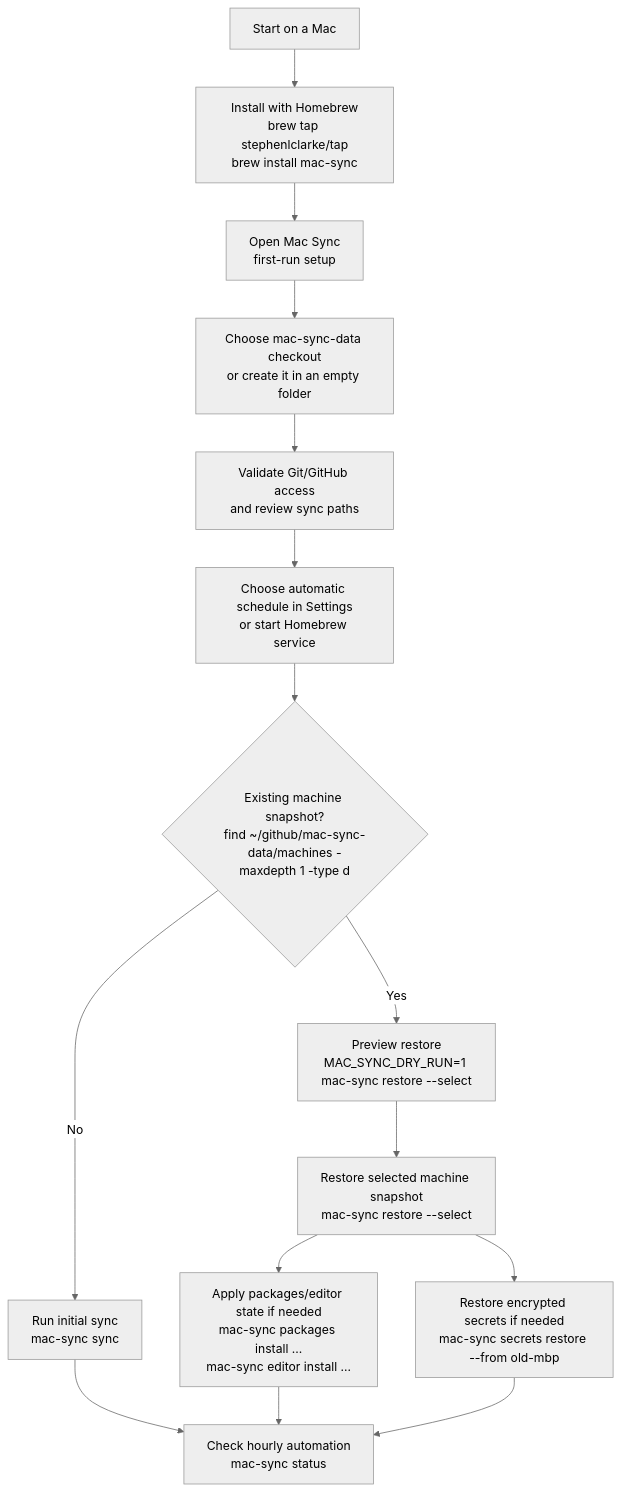
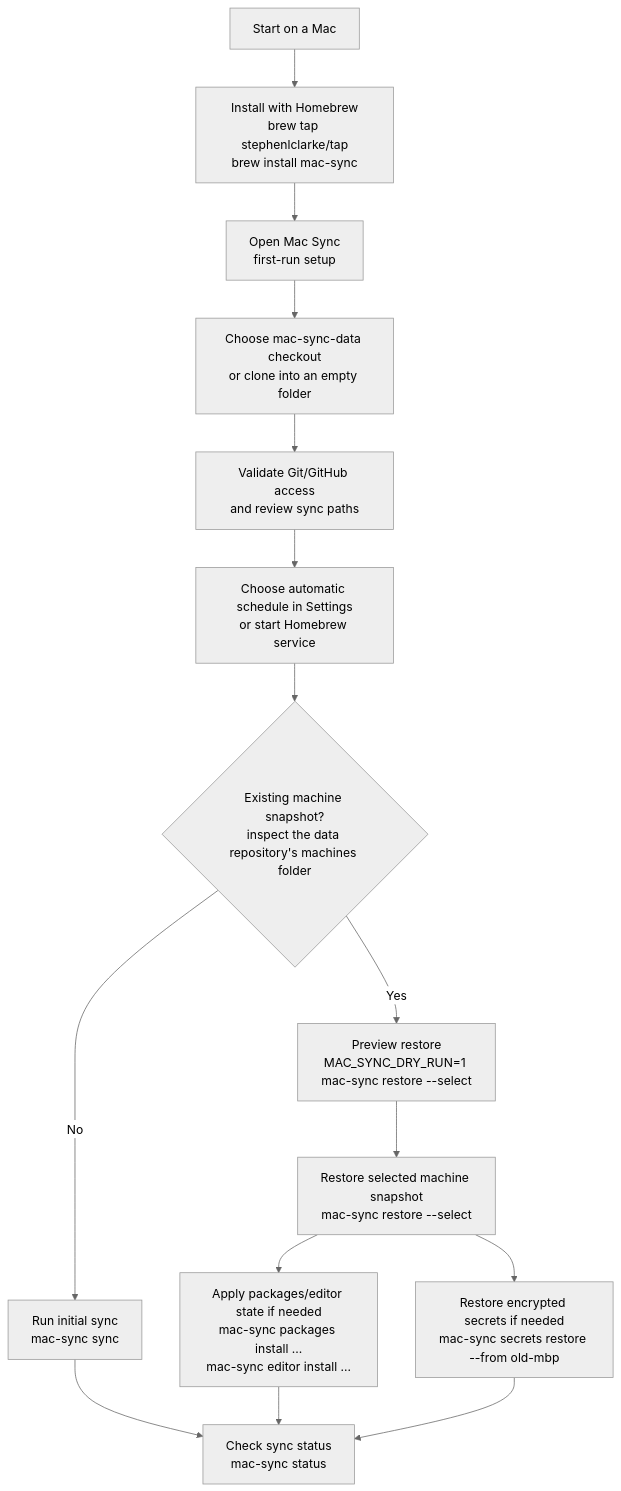
One commit to stephenlclarke/mac-sync changed the first of 4 diagrams in WORKFLOW.md. Above: the diagram before and after it, drawn with Mermaid (neutral theme). The commit also changed other lines of this file and 30 other files, not shown here.

Commit message:
feat: prepare Mac Sync 0.1.0

````diff
--- a/WORKFLOW.md
+++ b/WORKFLOW.md
@@ -23,17 +25,17 @@
 ```mermaid
 flowchart TD
   A["Start on a Mac"] --> B["Install with Homebrew<br/>brew tap stephenlclarke/tap<br/>brew install mac-sync"]
   B --> C["Open Mac Sync<br/>first-run setup"]
-  C --> D["Choose mac-sync-data checkout<br/>or create it in an empty folder"]
+  C --> D["Choose mac-sync-data checkout<br/>or clone into an empty folder"]
   D --> E["Validate Git/GitHub access<br/>and review sync paths"]
   E --> F["Choose automatic schedule in Settings<br/>or start Homebrew service"]
-  F --> G{"Existing machine snapshot?<br/>find ~/github/mac-sync-data/machines -maxdepth 1 -type d"}
+  F --> G{"Existing machine snapshot?<br/>inspect the data repository's machines folder"}
   G -- "No" --> H["Run initial sync<br/>mac-sync sync"]
   G -- "Yes" --> I["Preview restore<br/>MAC_SYNC_DRY_RUN=1 mac-sync restore --select"]
   I --> J["Restore selected machine snapshot<br/>mac-sync restore --select"]
   J --> K["Apply packages/editor state if needed<br/>mac-sync packages install ...<br/>mac-sync editor install ..."]
   J --> L["Restore encrypted secrets if needed<br/>mac-sync secrets restore --from old-mbp"]
-  H --> M["Check hourly automation<br/>mac-sync status"]
+  H --> M["Check sync status<br/>mac-sync status"]
   K --> M
   L --> M
 ```
````
